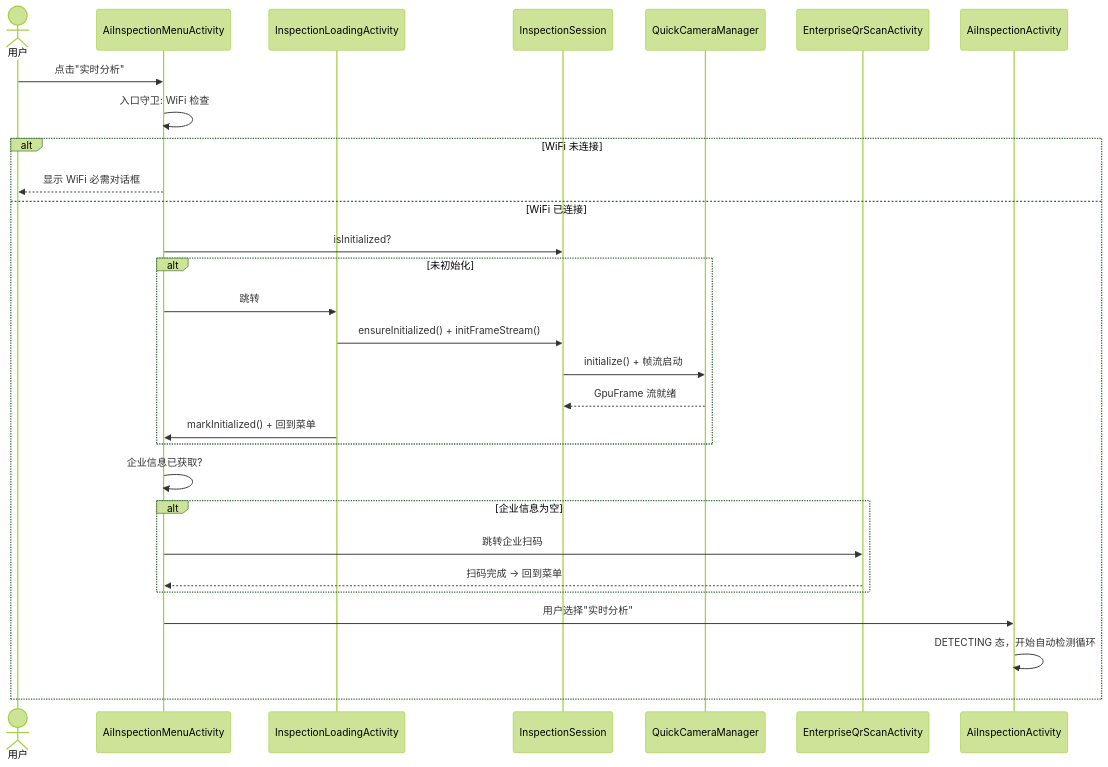
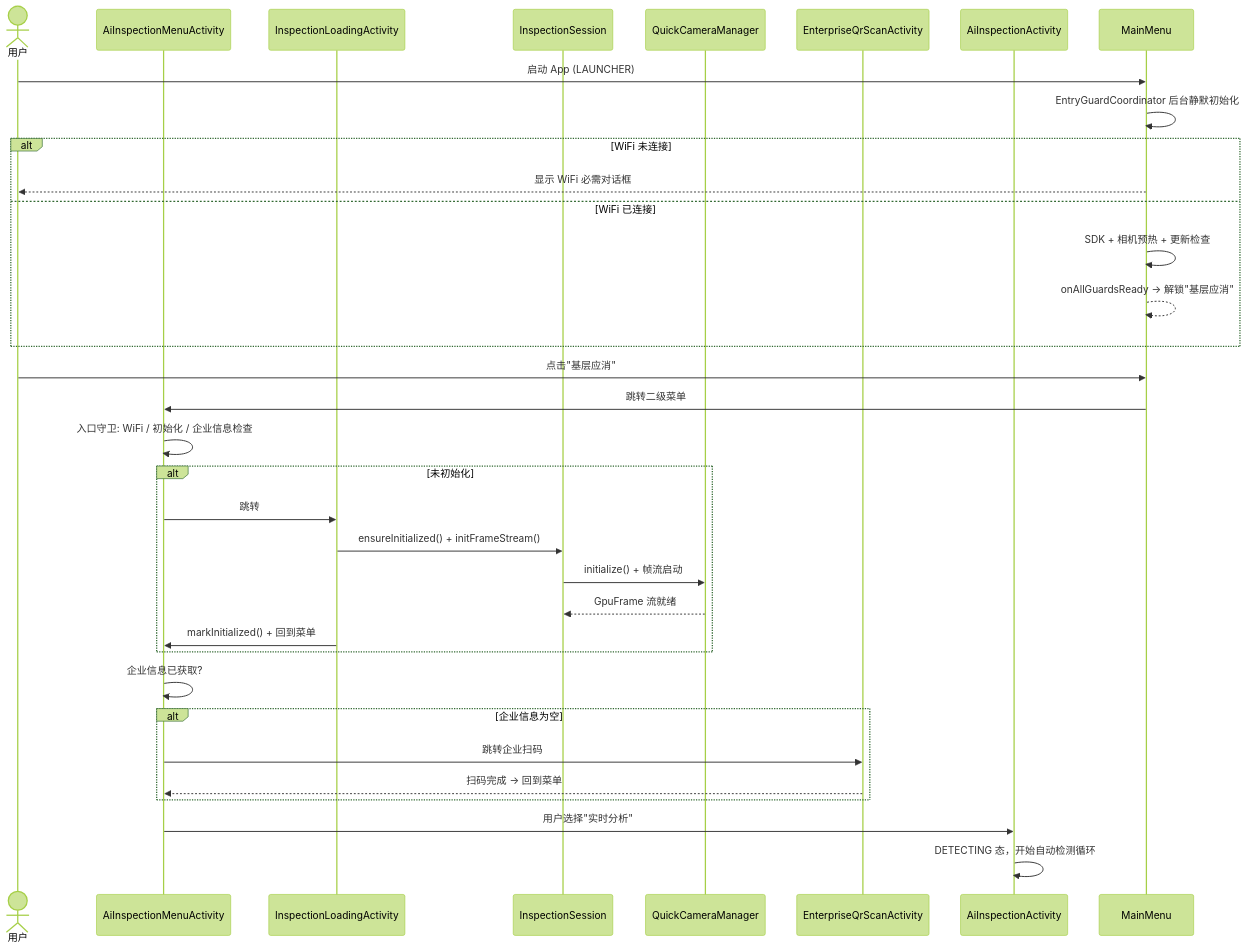
The third of 9 diagrams in docs/CODEMAPS.md (WuChaoli/HiddenRiskGlass), drawn with Mermaid (forest theme) before and after one commit. The commit also changed other lines of this file and 8 other files, not shown here.

First line of the commit message:
feat: 新增 MainMenuActivity 作为 LAUNCHER 入口，实现双层菜单第一层

````diff
--- a/docs/CODEMAPS.md
+++ b/docs/CODEMAPS.md
@@ -134,32 +135,36 @@
 ```mermaid
 sequenceDiagram
     actor User as 用户
     participant Menu as AiInspectionMenuActivity
     participant Loading as InspectionLoadingActivity
     participant Session as InspectionSession
     participant Camera as QuickCameraManager
     participant QrScan as EnterpriseQrScanActivity
     participant AI as AiInspectionActivity
 
-    User->>Menu: 点击"实时分析"
-    Menu->>Menu: 入口守卫: WiFi 检查
+    User->>MainMenu: 启动 App (LAUNCHER)
+    MainMenu->>MainMenu: EntryGuardCoordinator 后台静默初始化
     alt WiFi 未连接
-        Menu-->>User: 显示 WiFi 必需对话框
+        MainMenu-->>User: 显示 WiFi 必需对话框
     else WiFi 已连接
-        Menu->>Session: isInitialized?
-        alt 未初始化
-            Menu->>Loading: 跳转
-            Loading->>Session: ensureInitialized() + initFrameStream()
-            Session->>Camera: initialize() + 帧流启动
-            Camera-->>Session: GpuFrame 流就绪
-            Loading->>Menu: markInitialized() + 回到菜单
-        end
-        Menu->>Menu: 企业信息已获取?
-        alt 企业信息为空
-            Menu->>QrScan: 跳转企业扫码
-            QrScan-->>Menu: 扫码完成 → 回到菜单
-        end
-        Menu->>AI: 用户选择"实时分析"
-        AI->>AI: DETECTING 态，开始自动检测循环
+        MainMenu->>MainMenu: SDK + 相机预热 + 更新检查
+        MainMenu-->>MainMenu: onAllGuardsReady → 解锁"基层应消"
     end
+    User->>MainMenu: 点击"基层应消"
+    MainMenu->>Menu: 跳转二级菜单
+    Menu->>Menu: 入口守卫: WiFi / 初始化 / 企业信息检查
+    alt 未初始化
+        Menu->>Loading: 跳转
+        Loading->>Session: ensureInitialized() + initFrameStream()
+        Session->>Camera: initialize() + 帧流启动
+        Camera-->>Session: GpuFrame 流就绪
+        Loading->>Menu: markInitialized() + 回到菜单
+    end
+    Menu->>Menu: 企业信息已获取?
+    alt 企业信息为空
+        Menu->>QrScan: 跳转企业扫码
+        QrScan-->>Menu: 扫码完成 → 回到菜单
+    end
+    Menu->>AI: 用户选择"实时分析"
+    AI->>AI: DETECTING 态，开始自动检测循环
 ```
````
